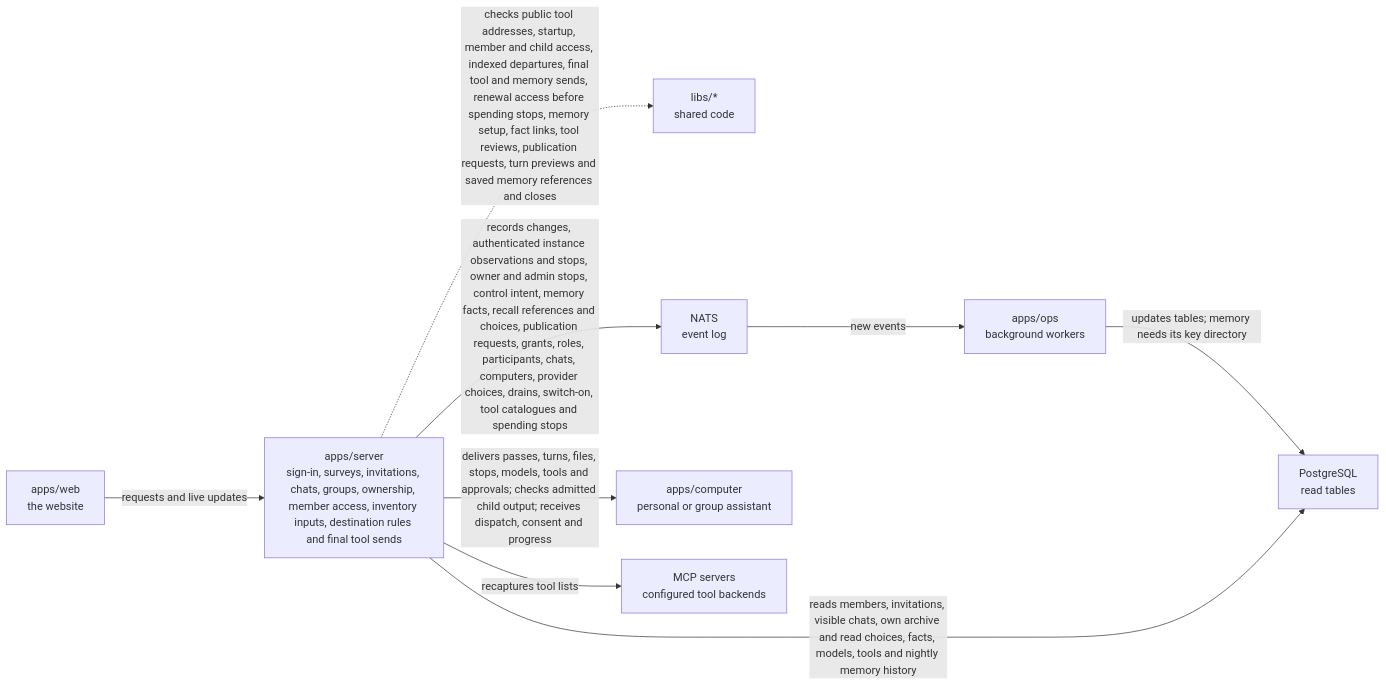
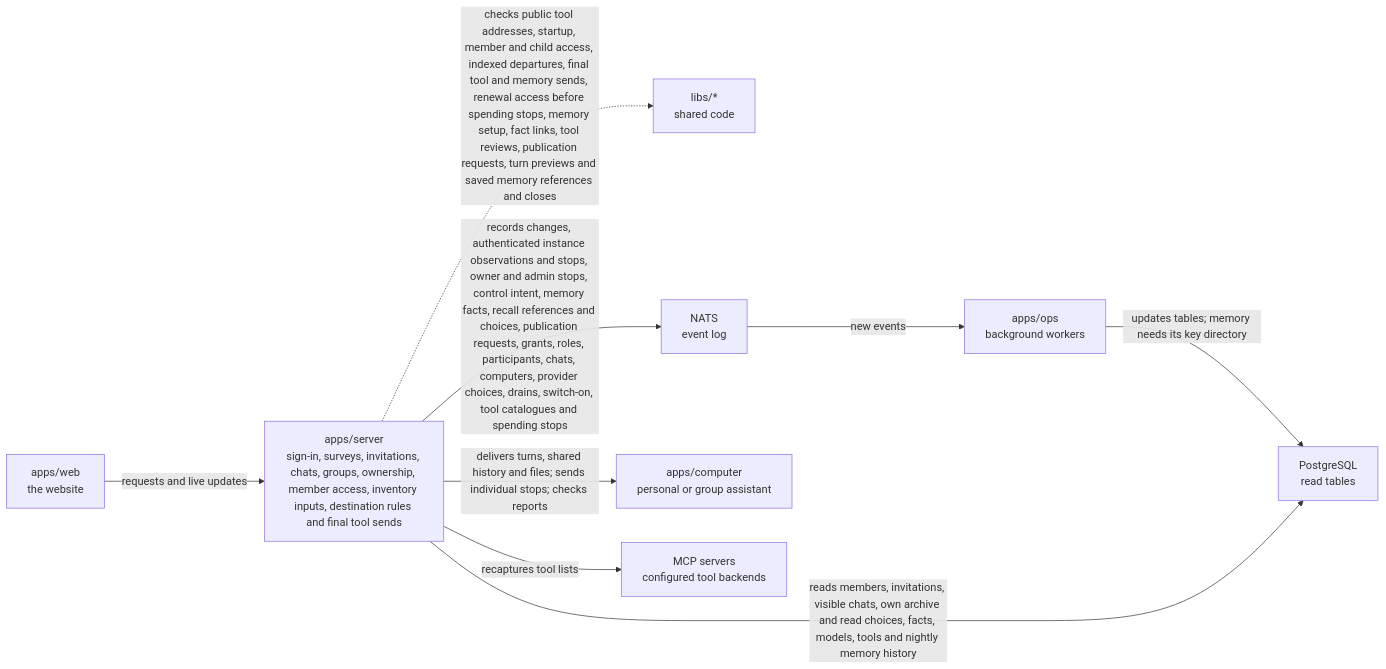
The diagram in apps/server/README.md (elewa-git/opencrane-new), drawn with Mermaid before and after one commit. The commit also changed other lines of this file and 10 other files, not shown here.

Commit message:
💬 Deliver shared child history across senders

````diff
--- a/apps/server/README.md
+++ b/apps/server/README.md
@@ -11,11 +11,11 @@
 ```mermaid
 flowchart LR
   web["apps/web<br/>the website"] -->|requests and live updates| server["apps/server<br/>sign-in, surveys, invitations, chats, groups, ownership, member access, inventory inputs, destination rules and final tool sends"]
   server -.->|checks public tool addresses, startup, member and child access, indexed departures, final tool and memory sends, renewal access before spending stops, memory setup, fact links, tool reviews, publication requests, turn previews and saved memory references and closes| libs["libs/*<br/>shared code"]
   server -->|records changes, authenticated instance observations and stops, owner and admin stops, control intent, memory facts, recall references and choices, publication requests, grants, roles, participants, chats, computers, provider choices, drains, switch-on, tool catalogues and spending stops| nats["NATS<br/>event log"]
   nats -->|new events| ops["apps/ops<br/>background workers"]
   ops -->|updates tables; memory needs its key directory| postgres["PostgreSQL<br/>read tables"]
   server -->|reads members, invitations, visible chats, own archive and read choices, facts, models, tools and nightly memory history| postgres
-  server -->|delivers passes, turns, files, stops, models, tools and approvals; checks admitted child output; receives dispatch, consent and progress| computer["apps/computer<br/>personal or group assistant"]
+  server -->|delivers turns, shared history and files; sends individual stops; checks reports| computer["apps/computer<br/>personal or group assistant"]
   server -->|recaptures tool lists| mcp["MCP servers<br/>configured tool backends"]
 ```
````
